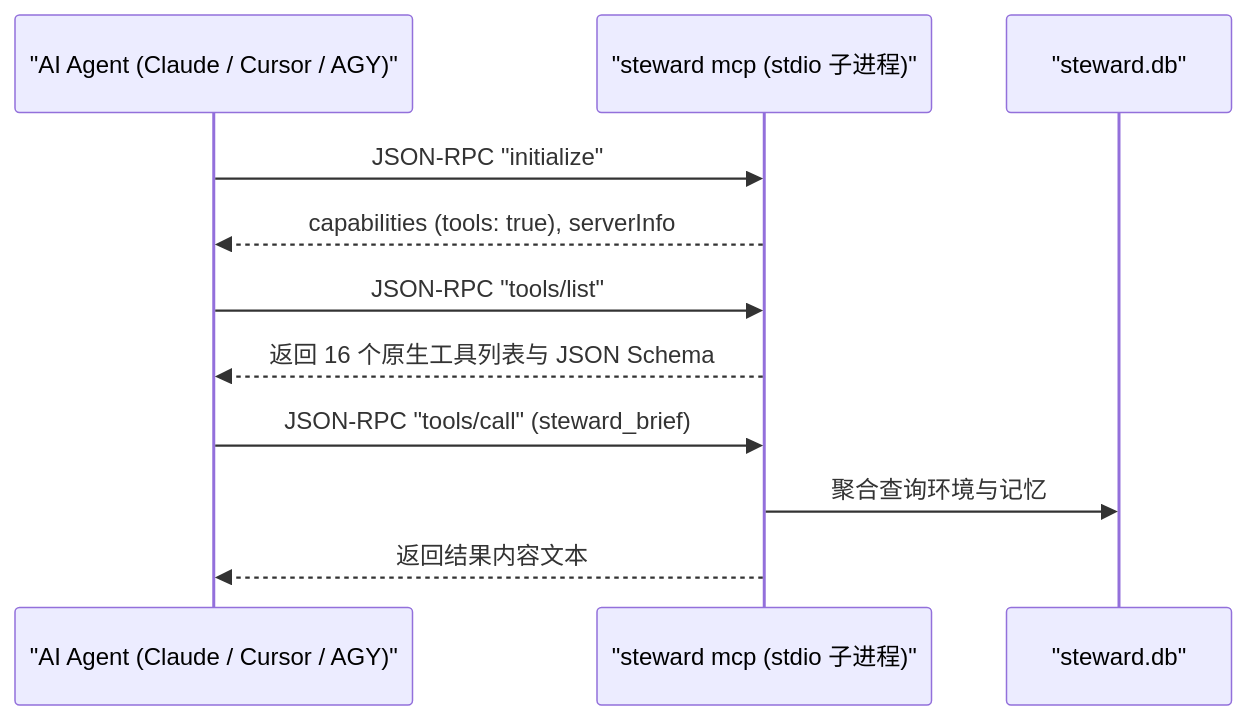
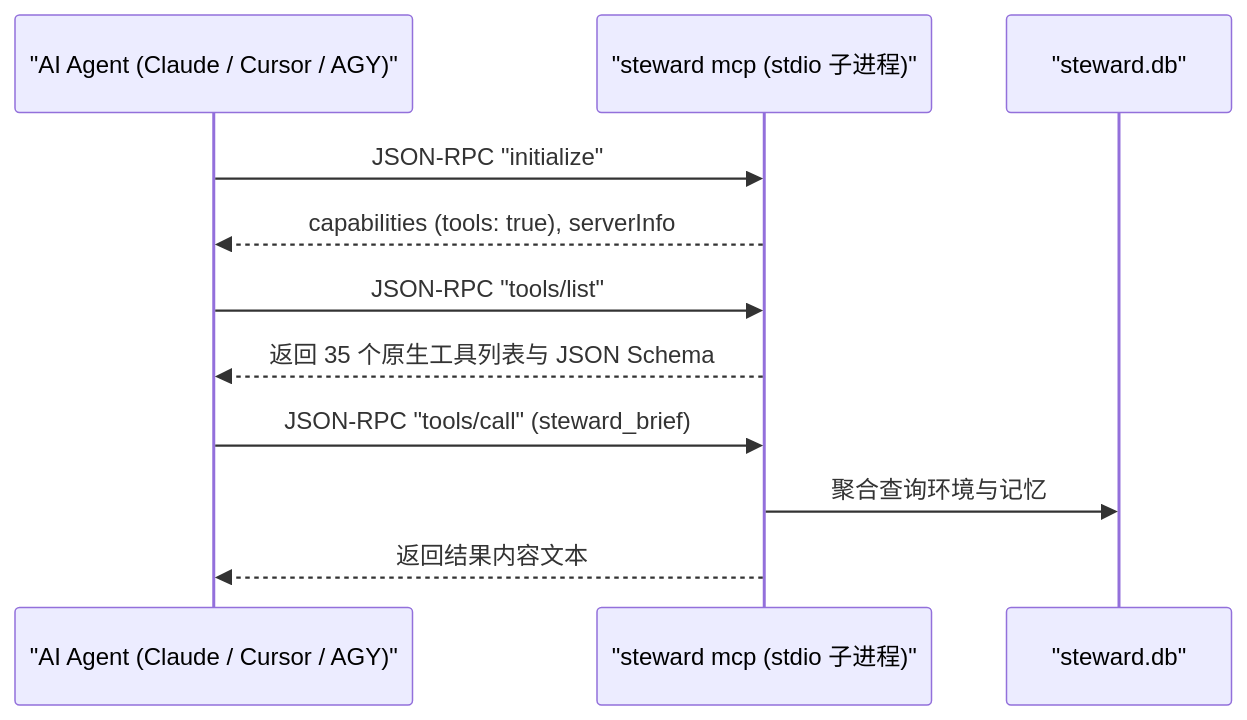
Before and after one commit to digoal/agent-body: the diagram in manual/04-mcp-integration.md, drawn with Mermaid. The commit also changed 41 other files, not shown here.

````diff
--- a/manual/04-mcp-integration.md
+++ b/manual/04-mcp-integration.md
@@ -11,14 +11,14 @@
 ```mermaid
 sequenceDiagram
     participant Agent as "AI Agent (Claude / Cursor / AGY)"
     participant Steward as "steward mcp (stdio 子进程)"
     participant SQLite as "steward.db"
 
     Agent->>Steward: JSON-RPC "initialize"
     Steward-->>Agent: capabilities (tools: true), serverInfo
     Agent->>Steward: JSON-RPC "tools/list"
-    Steward-->>Agent: 返回 16 个原生工具列表与 JSON Schema
+    Steward-->>Agent: 返回 35 个原生工具列表与 JSON Schema
     Agent->>Steward: JSON-RPC "tools/call" (steward_brief)
     Steward->>SQLite: 聚合查询环境与记忆
     Steward-->>Agent: 返回结果内容文本
 ```
````
